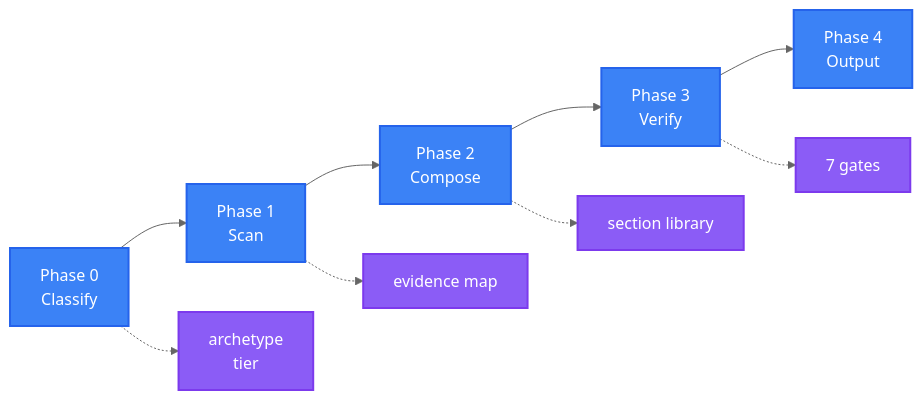
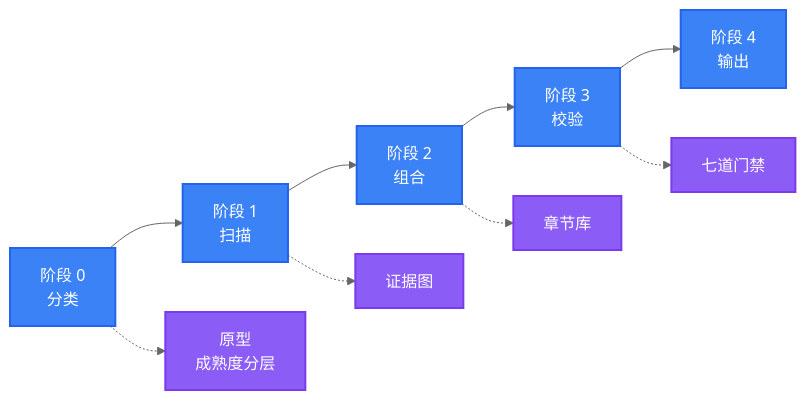
One commit to LINJIANG12/general-readme-skill changed the diagram in README.md. Above: the diagram before and after it, drawn with Mermaid (neutral theme). The commit also changed other lines of this file and 12 other files, not shown here.

````diff
--- a/README.md
+++ b/README.md
@@ -119,18 +142,18 @@
 ```mermaid
 flowchart LR
-    A[Phase 0<br/>Classify] --> B[Phase 1<br/>Scan]
-    B --> C[Phase 2<br/>Compose]
-    C --> D[Phase 3<br/>Verify]
-    D --> E[Phase 4<br/>Output]
+    A[阶段 0<br/>分类] --> B[阶段 1<br/>扫描]
+    B --> C[阶段 2<br/>组合]
+    C --> D[阶段 3<br/>校验]
+    D --> E[阶段 4<br/>输出]
 
-    A -.-> A1[archetype<br/>tier]
-    B -.-> B1[evidence map]
-    C -.-> C1[section library]
-    D -.-> D1[7 gates]
+    A -.-> A1[原型<br/>成熟度分层]
+    B -.-> B1[证据图]
+    C -.-> C1[章节库]
+    D -.-> D1[七道门禁]
 
     classDef phase fill:#3B82F6,stroke:#2563EB,color:#fff,stroke-width:2px
     classDef artifact fill:#8B5CF6,stroke:#7C3AED,color:#fff,stroke-width:2px
 
     class A,B,C,D,E phase
     class A1,B1,C1,D1 artifact
 ```
````
